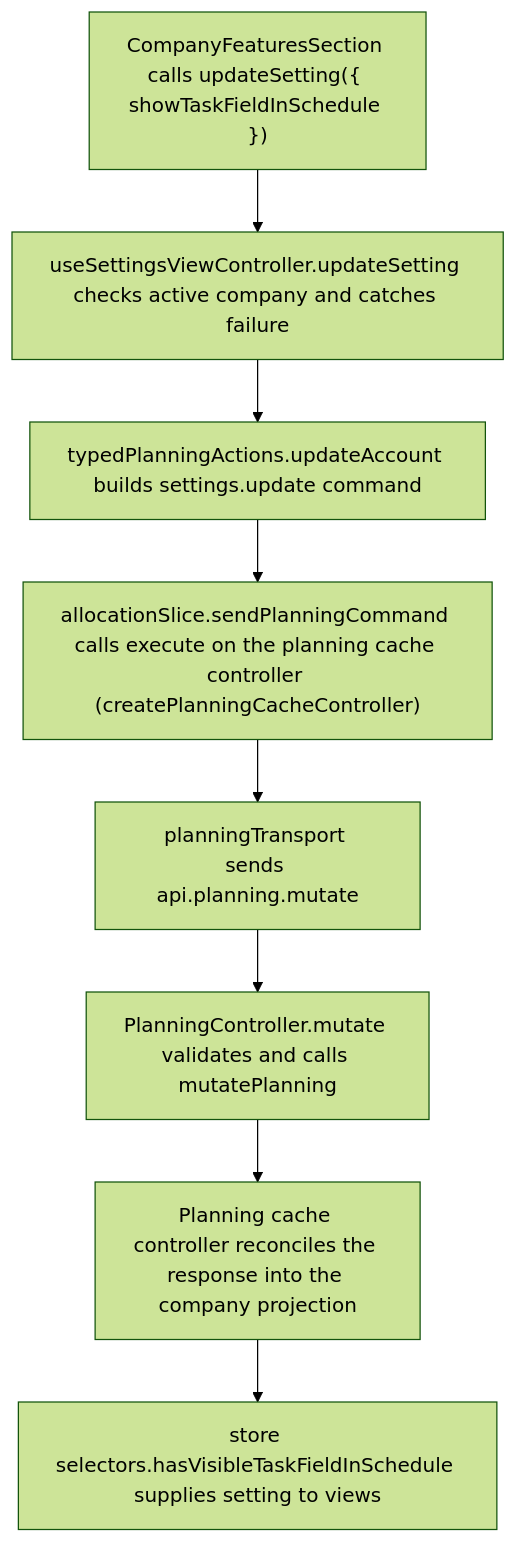
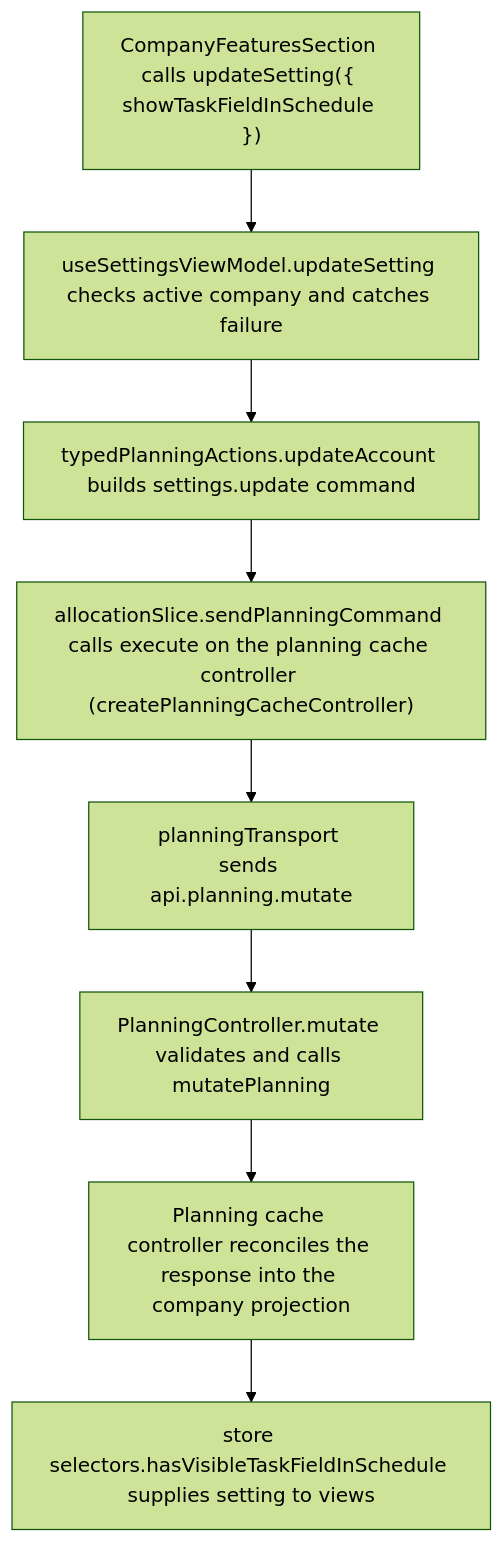
One commit to Kevinjohn/capacitylens changed the second of 2 diagrams in user-stories/settings/US-SET-24-task-field.md. Above: the diagram before and after it, drawn with Mermaid (forest theme). The commit also changed other lines of this file and 33 other files, not shown here.

First line of the commit message:
Controller to view model: rename the screen hooks

````diff
--- a/user-stories/settings/US-SET-24-task-field.md
+++ b/user-stories/settings/US-SET-24-task-field.md
@@ -29,10 +29,10 @@
 ```mermaid
 flowchart TD
-  control["CompanyFeaturesSection calls updateSetting({ showTaskFieldInSchedule })"] --> view["useSettingsViewController.updateSetting checks active company and catches failure"]
+  control["CompanyFeaturesSection calls updateSetting({ showTaskFieldInSchedule })"] --> view["useSettingsViewModel.updateSetting checks active company and catches failure"]
   view --> action["typedPlanningActions.updateAccount builds settings.update command"]
   action --> execute["allocationSlice.sendPlanningCommand calls execute on the planning cache controller (createPlanningCacheController)"]
   execute --> transport["planningTransport sends api.planning.mutate"]
   transport --> route["PlanningController.mutate validates and calls mutatePlanning"]
   route --> reply["Planning cache controller reconciles the response into the company projection"]
   reply --> read["store selectors.hasVisibleTaskFieldInSchedule supplies setting to views"]
 ```
````
